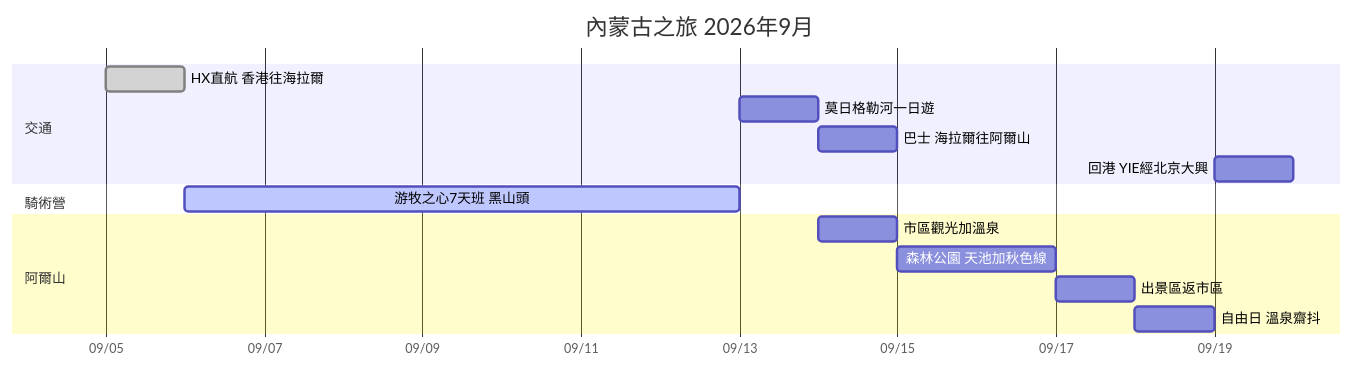
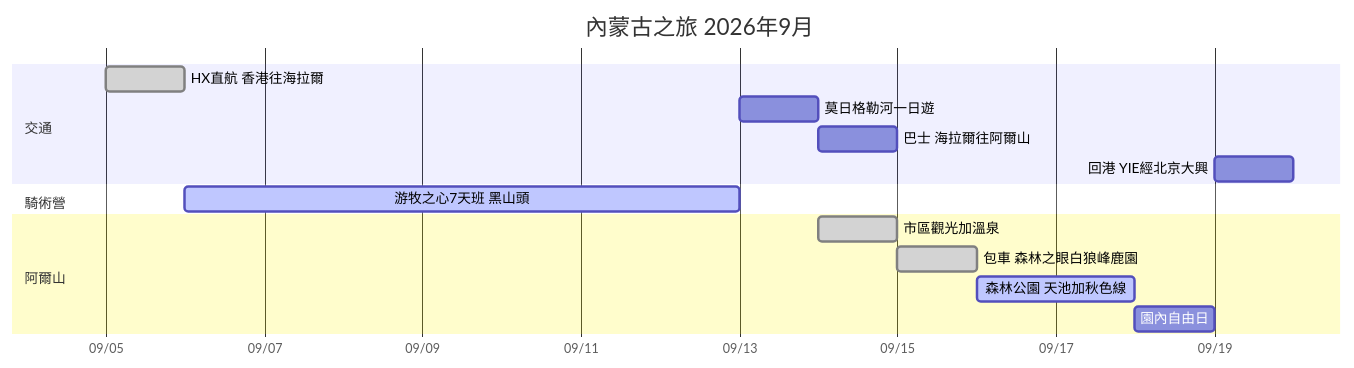
One commit to ZorroCheng-MC/shub changed the diagram in content/notes/內蒙古之旅/00-行程總覽.md. Above: the diagram before and after it, drawn with Mermaid. The commit also changed other lines of this file and 16 other files, not shown here.

````diff
--- a/content/notes/內蒙古之旅/00-行程總覽.md
+++ b/content/notes/內蒙古之旅/00-行程總覽.md
@@ -114,18 +106,18 @@
 ```mermaid
 gantt
     title 內蒙古之旅 2026年9月
     dateFormat YYYY-MM-DD
     axisFormat %m/%d
     section 交通
     HX直航 香港往海拉爾       :done, 2026-09-05, 1d
     莫日格勒河一日遊          :2026-09-13, 1d
     巴士 海拉爾往阿爾山       :2026-09-14, 1d
     回港 YIE經北京大興        :2026-09-19, 1d
     section 騎術營
     游牧之心7天班 黑山頭      :active, 2026-09-06, 7d
     section 阿爾山
-    市區觀光加溫泉            :2026-09-14, 1d
-    森林公園 天池加秋色線     :2026-09-15, 2d
-    出景區返市區              :2026-09-17, 1d
-    自由日 溫泉齋抖           :2026-09-18, 1d
+    市區觀光加溫泉            :done, 2026-09-14, 1d
+    包車 森林之眼白狼峰鹿園   :done, 2026-09-15, 1d
+    森林公園 天池加秋色線     :active, 2026-09-16, 2d
+    園內自由日                :2026-09-18, 1d
 ```
````
